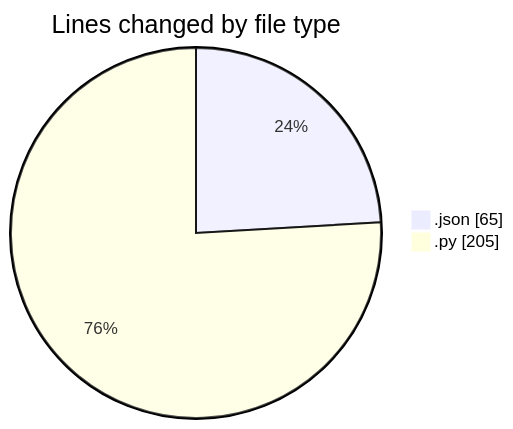
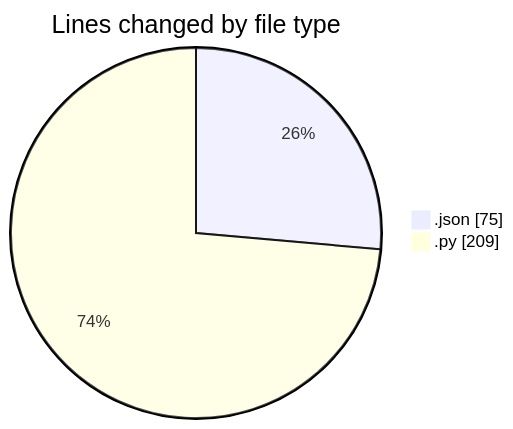
Before and after one commit to MatusMokan/code-tracking: the first of 2 diagrams in 2025-10-08/untitled__workspace_/README.md, drawn with Mermaid. The commit also changed other lines of this file and 1 other file, not shown here.

````diff
--- a/2025-10-08/untitled__workspace_/README.md
+++ b/2025-10-08/untitled__workspace_/README.md
@@ -22,6 +22,6 @@
 ```mermaid
 pie showData
 title Lines changed by file type
-".json" : 65
-".py" : 205
+".json" : 75
+".py" : 209
 ```
````
